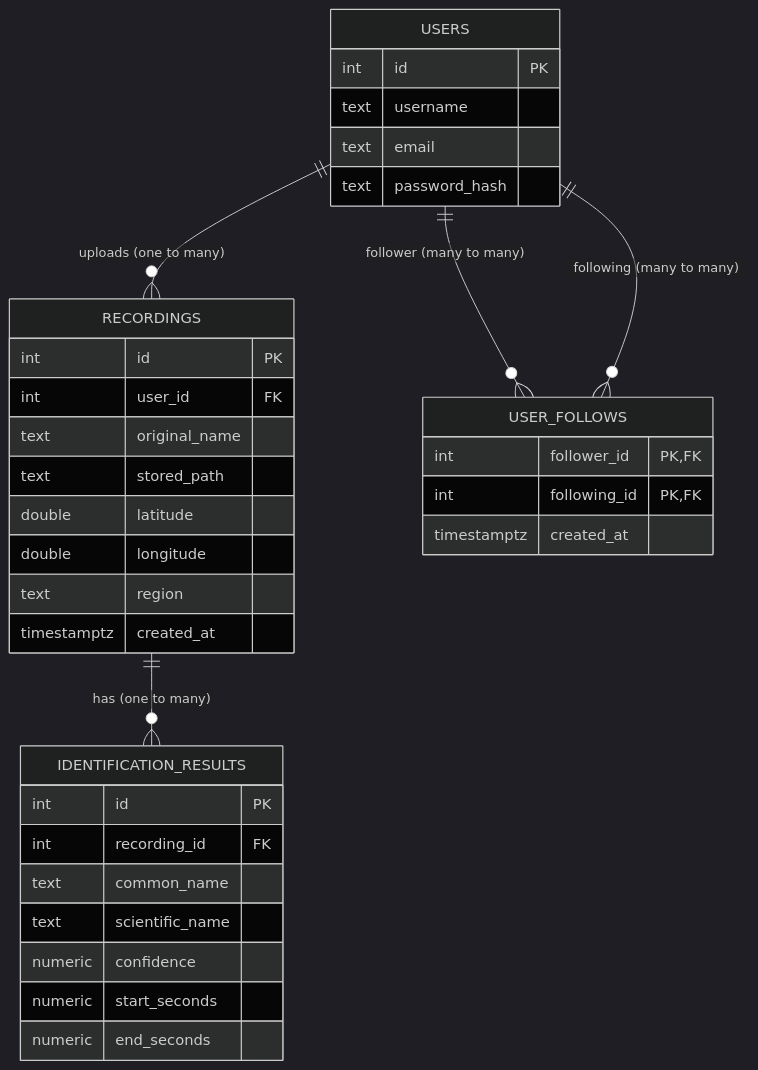
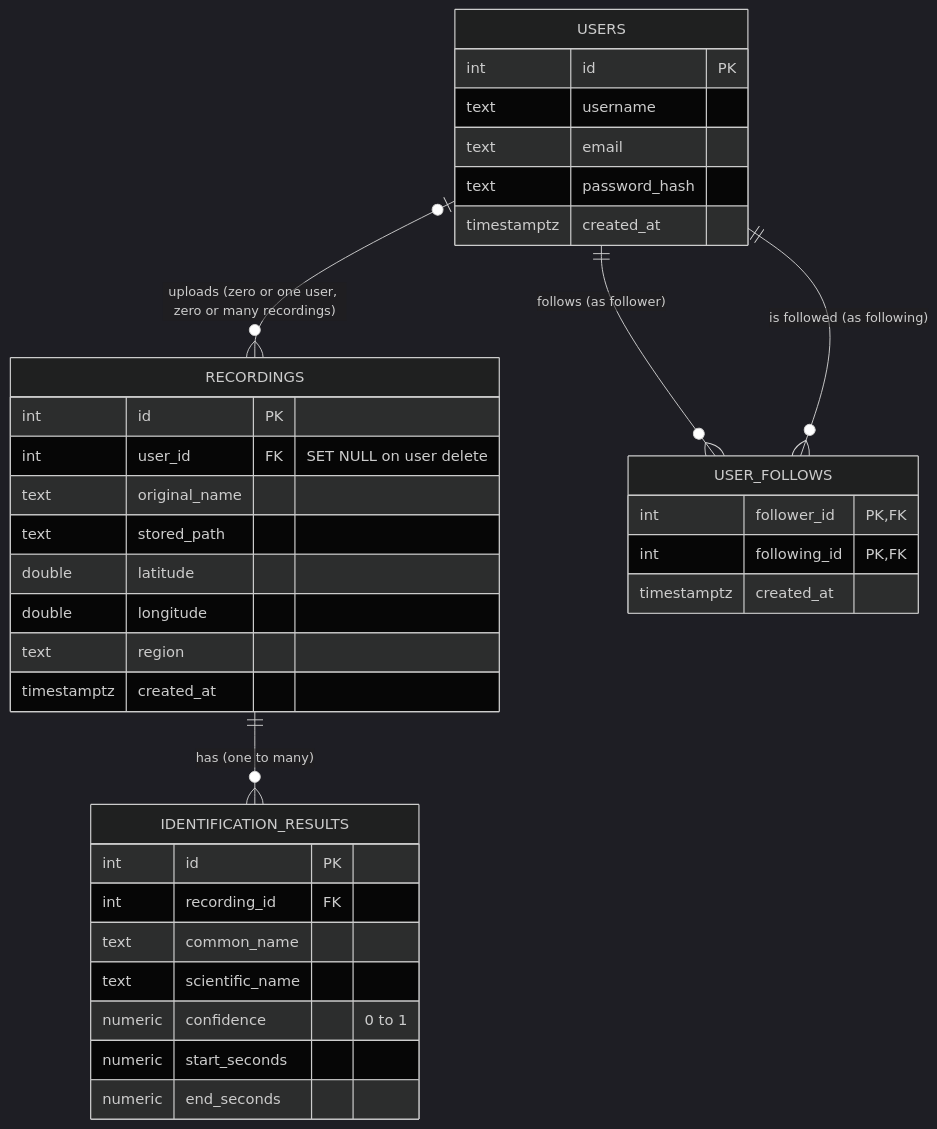
Before and after one commit to Ilse547/BirdID: the diagram in docs/database.md, drawn with Mermaid (dark theme). The commit also changed other lines of this file, not shown here.

Commit message:
Fix mistakes

````diff
--- a/docs/database.md
+++ b/docs/database.md
@@ -70,38 +72,39 @@
 ```mermaid
 erDiagram
     USERS {
         int id PK
         text username
         text email
         text password_hash
+        timestamptz created_at
     }
     RECORDINGS {
         int id PK
-        int user_id FK
+        int user_id FK "SET NULL on user delete"
         text original_name
         text stored_path
         double latitude
         double longitude
         text region
         timestamptz created_at
     }
     IDENTIFICATION_RESULTS {
         int id PK
         int recording_id FK
         text common_name
         text scientific_name
-        numeric confidence
+        numeric confidence "0 to 1"
         numeric start_seconds
         numeric end_seconds
     }
     USER_FOLLOWS {
         int follower_id PK, FK
         int following_id PK, FK
         timestamptz created_at
     }
 
-    USERS ||--o{ RECORDINGS : "uploads (one to many)"
+    USERS |o--o{ RECORDINGS : "uploads (zero or one user, zero or many recordings)"
     RECORDINGS ||--o{ IDENTIFICATION_RESULTS : "has (one to many)"
-    USERS ||--o{ USER_FOLLOWS : "follower (many to many)"
-    USERS ||--o{ USER_FOLLOWS : "following (many to many)"
+    USERS ||--o{ USER_FOLLOWS : "follows (as follower)"
+    USERS ||--o{ USER_FOLLOWS : "is followed (as following)"
 ```
````
